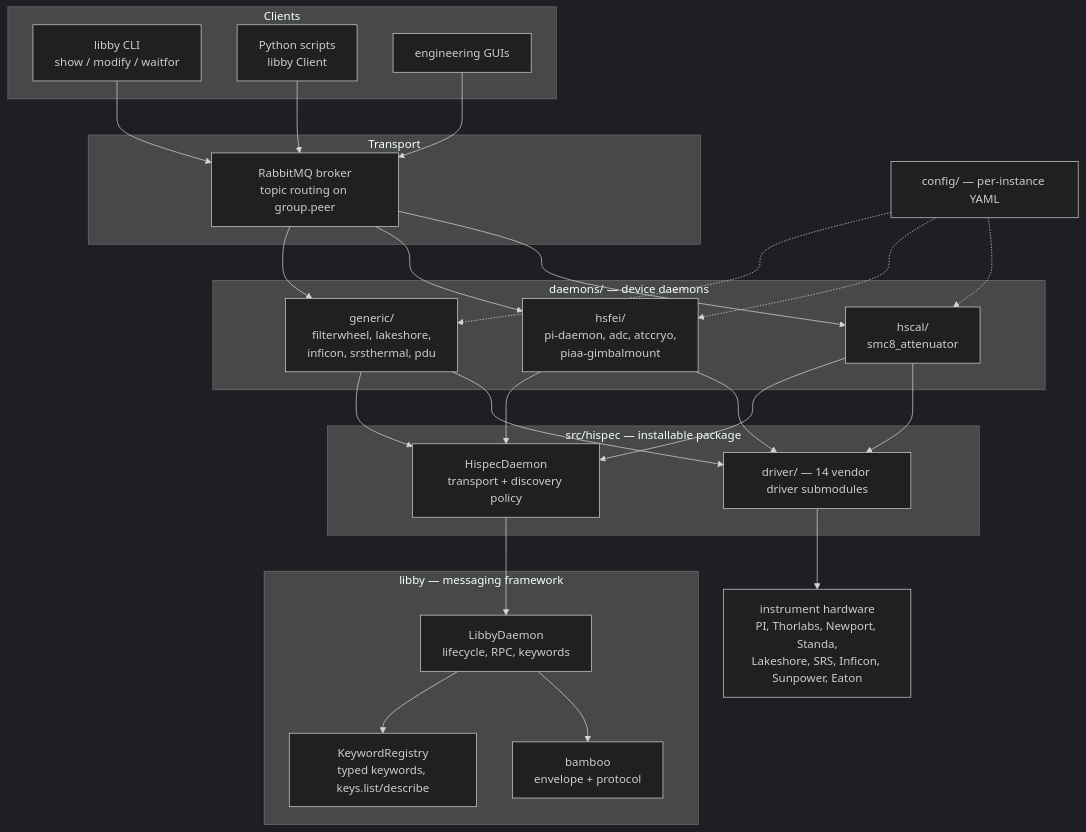
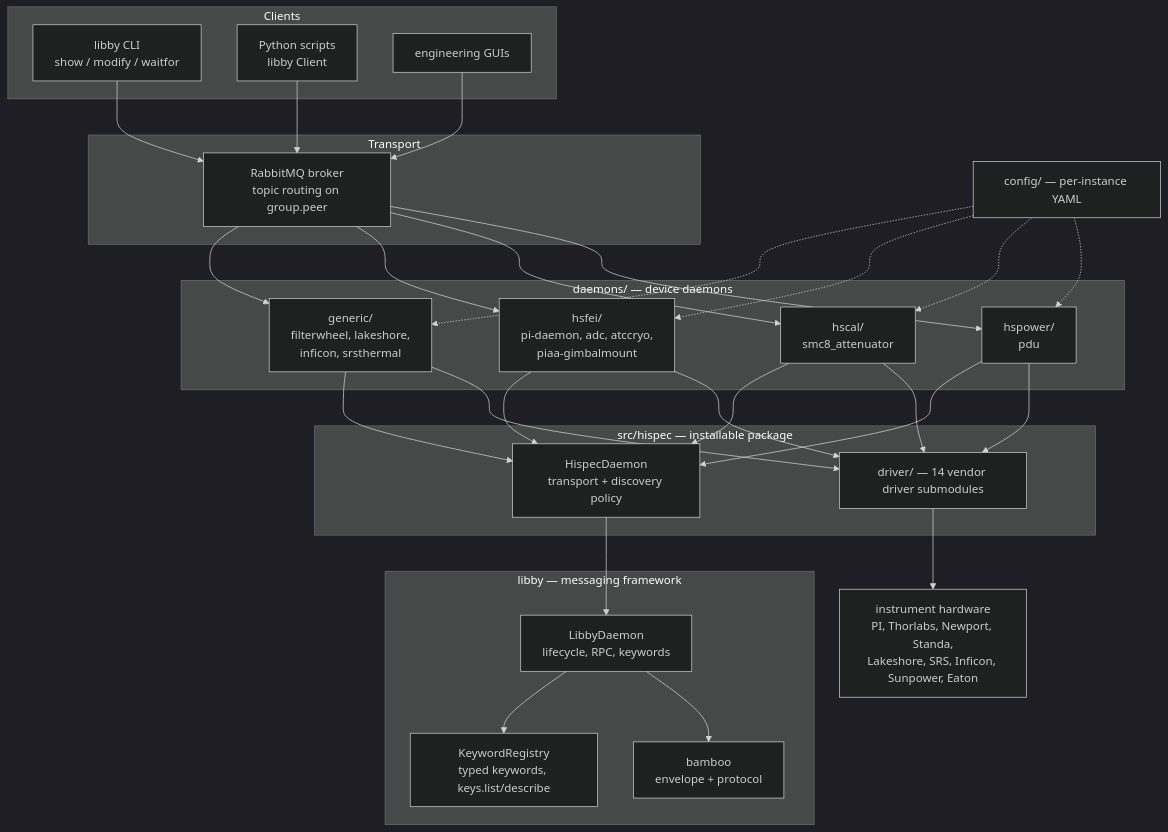
One commit to CaltechOpticalObservatories/hispec changed the first of 3 diagrams in docs/architecture/overview.md. Above: the diagram before and after it, drawn with Mermaid (dark theme). The commit also changed 36 other files, not shown here.

````diff
--- a/docs/architecture/overview.md
+++ b/docs/architecture/overview.md
@@ -59,55 +59,60 @@
 ```{mermaid}
 flowchart TB
     subgraph clients["Clients"]
         CLI["libby CLI<br/>show / modify / waitfor"]
         SCRIPT["Python scripts<br/>libby Client"]
         GUI["engineering GUIs"]
     end
 
     subgraph transport["Transport"]
         RMQ["RabbitMQ broker<br/>topic routing on group.peer"]
     end
 
     subgraph daemonlayer["daemons/ — device daemons"]
-        GEN["generic/<br/>filterwheel, lakeshore,<br/>inficon, srsthermal, pdu"]
+        GEN["generic/<br/>filterwheel, lakeshore,<br/>inficon, srsthermal"]
         FEI["hsfei/<br/>pi-daemon, adc, atccryo,<br/>piaa-gimbalmount"]
         CAL["hscal/<br/>smc8_attenuator"]
+        PWR["hspower/<br/>pdu"]
     end
 
     subgraph pkg["src/hispec — installable package"]
         BASE["HispecDaemon<br/>transport + discovery policy"]
         DRV["driver/ — 14 vendor driver submodules"]
     end
 
     subgraph fw["libby — messaging framework"]
         LD["LibbyDaemon<br/>lifecycle, RPC, keywords"]
         KR["KeywordRegistry<br/>typed keywords, keys.list/describe"]
         BAM["bamboo<br/>envelope + protocol"]
     end
 
     CONF["config/ — per-instance YAML"]
     HW["instrument hardware<br/>PI, Thorlabs, Newport, Standa,<br/>Lakeshore, SRS, Inficon, Sunpower, Eaton"]
 
     CLI --> RMQ
     SCRIPT --> RMQ
     GUI --> RMQ
     RMQ --> GEN
     RMQ --> FEI
     RMQ --> CAL
+    RMQ --> PWR
 
     GEN --> BASE
     FEI --> BASE
     CAL --> BASE
+    PWR --> BASE
     GEN --> DRV
     FEI --> DRV
     CAL --> DRV
+    PWR --> DRV
 
     BASE --> LD
     LD --> KR
     LD --> BAM
     DRV --> HW
 
     CONF -.-> GEN
     CONF -.-> FEI
     CONF -.-> CAL
+    CONF -.-> PWR
 ```
````
